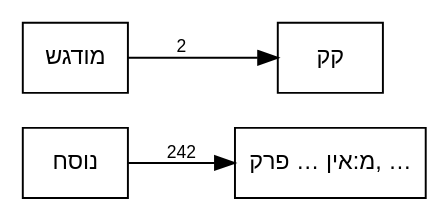
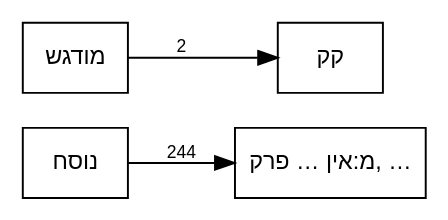
Before and after one commit to bdenckla/MAM-basics: the diagram in out/tmpl-survey-plain/plain-call-graph-c.dot, drawn with Graphviz. The commit also changed 36 other files, not shown here.

```diff
--- a/out/tmpl-survey-plain/plain-call-graph-c.dot
+++ b/out/tmpl-survey-plain/plain-call-graph-c.dot
@@ -1,26 +1,26 @@
 // This file was generated by MAM-basics/py/main_tmpl_survey.py.
 // Do not edit by hand.
 digraph template_call_graph {
     rankdir=LR;
     node [fontname="SBL Hebrew,Helvetica", fontsize=12];
     edge [fontname="Helvetica", fontsize=9];
     graph [comment="This file was generated by MAM-basics/py/main_tmpl_survey.py."];
 
     // Template nodes
     node [shape=box, style=""];
     "מ:אין … פרק, …" [tooltip="מ:אין פרשה בתחילת פרק
 מ:אין פרשה בתחילת פרק בספרי אמ״ת
 מ:סיום בטוב
 מ:קישור בהערה
 סס
 ססס
 פפ
 פפפ
 ר1
 ר4
 ש"];
 
     // Edges
     "מודגש" -> "קק" [label="2"];
-    "נוסח" -> "מ:אין … פרק, …" [label="242"];
+    "נוסח" -> "מ:אין … פרק, …" [label="244"];
 }
```
